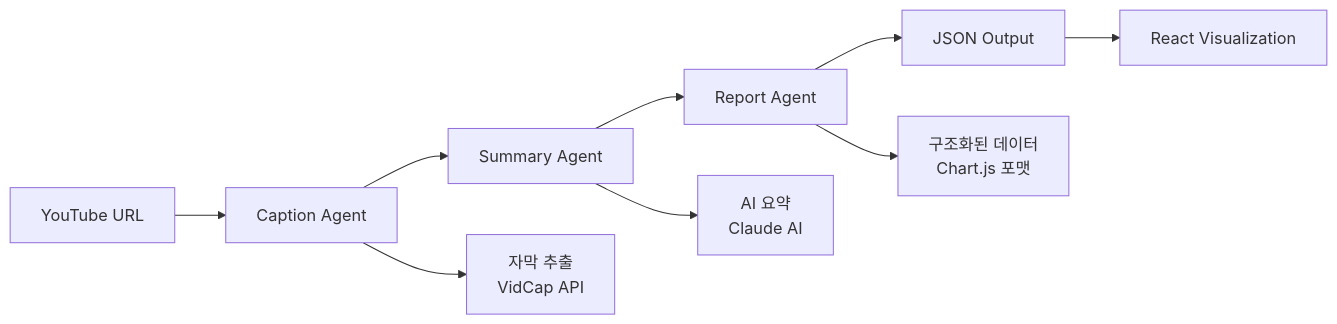
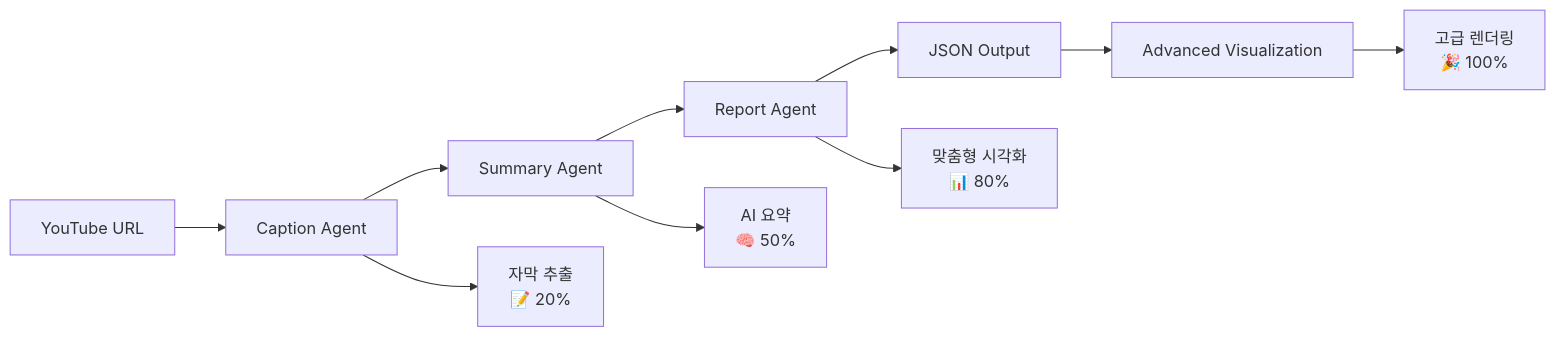
The diagram in README.md (AWS-CloudSchool-8th/youtube-reporter), drawn with Mermaid before and after one commit. The commit also changed other lines of this file and 8 other files, not shown here.

Commit message:
feat: 시각화 데이터 직접 편집 및 광범위한 커스터마이징 기능 구현- 차트 데이터 실시간 편집 기능 (항목명, 수치 변경)- 프로세스 플로우 단계 편집 및 추가 기능- 타임라인 이벤트 편집 및 추가 기능- 데이터 추가/삭제 기능으로 완전한 편집 지원- 실시간 미리보기 및 저장/취소 기능- 테마 커스터마이징과 편집 기능 통합

````diff
--- a/README.md
+++ b/README.md
@@ -124,12 +140,13 @@
 ```mermaid
 graph LR
     A[YouTube URL] --> B[Caption Agent]
     B --> C[Summary Agent]
     C --> D[Report Agent]
     D --> E[JSON Output]
-    E --> F[React Visualization]
+    E --> F[Advanced Visualization]
 
-    B --> G[자막 추출<br/>VidCap API]
-    C --> H[AI 요약<br/>Claude AI]
-    D --> I[구조화된 데이터<br/>Chart.js 포맷]
+    B --> G[자막 추출<br/>📝 20%]
+    C --> H[AI 요약<br/>🧠 50%]
+    D --> I[맞춤형 시각화<br/>📊 80%]
+    F --> J[고급 렌더링<br/>🎉 100%]
 ```
````
